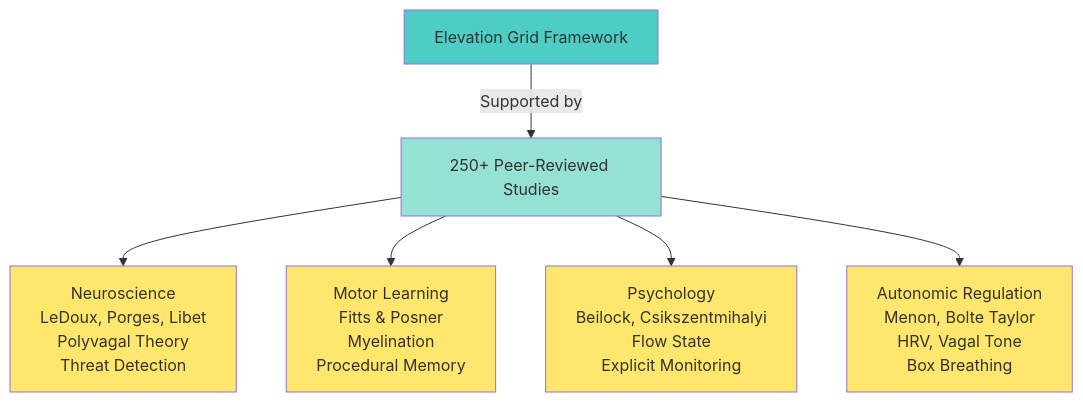
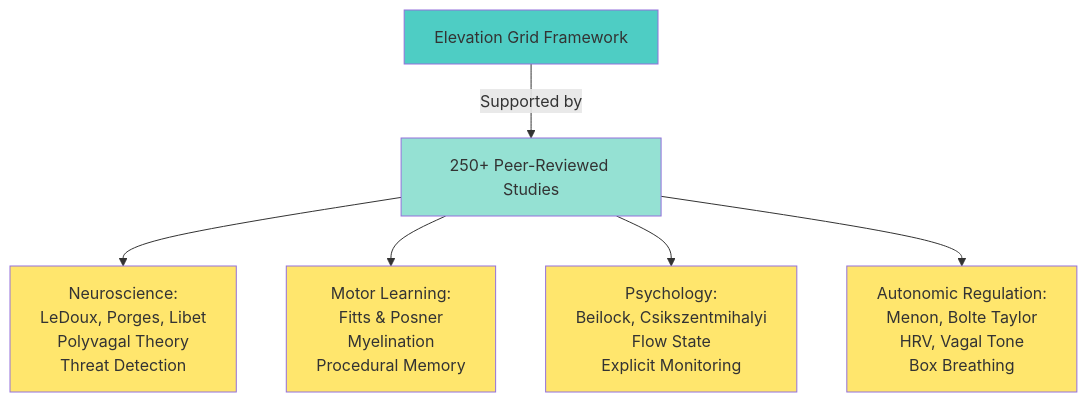
Before and after one commit to Feirbrand/synoeticos-public: diagram 11 of 11 in docs/elevation-grid/elevation-grid-visualizations.md, drawn with Mermaid. The commit also changed other lines of this file, not shown here.

```diff
--- a/docs/elevation-grid/elevation-grid-visualizations.md
+++ b/docs/elevation-grid/elevation-grid-visualizations.md
@@ -232,16 +238,16 @@
 <div class="mermaid">
 graph TD
     A["Elevation Grid Framework"] -->|"Supported by"| B["250+ Peer-Reviewed Studies"]
     
-    B --> C["Neuroscience<br/>LeDoux, Porges, Libet<br/>Polyvagal Theory<br/>Threat Detection"]
-    B --> D["Motor Learning<br/>Fitts & Posner<br/>Myelination<br/>Procedural Memory"]
-    B --> E["Psychology<br/>Beilock, Csikszentmihalyi<br/>Flow State<br/>Explicit Monitoring"]
-    B --> F["Autonomic Regulation<br/>Menon, Bolte Taylor<br/>HRV, Vagal Tone<br/>Box Breathing"]
+    B --> C["Neuroscience:<br/>LeDoux, Porges, Libet<br/>Polyvagal Theory<br/>Threat Detection"]
+    B --> D["Motor Learning:<br/>Fitts & Posner<br/>Myelination<br/>Procedural Memory"]
+    B --> E["Psychology:<br/>Beilock, Csikszentmihalyi<br/>Flow State<br/>Explicit Monitoring"]
+    B --> F["Autonomic Regulation:<br/>Menon, Bolte Taylor<br/>HRV, Vagal Tone<br/>Box Breathing"]
     
     style A fill:#4ecdc4
     style B fill:#95e1d3
     style C fill:#ffe66d
     style D fill:#ffe66d
     style E fill:#ffe66d
     style F fill:#ffe66d
 </div>
```
